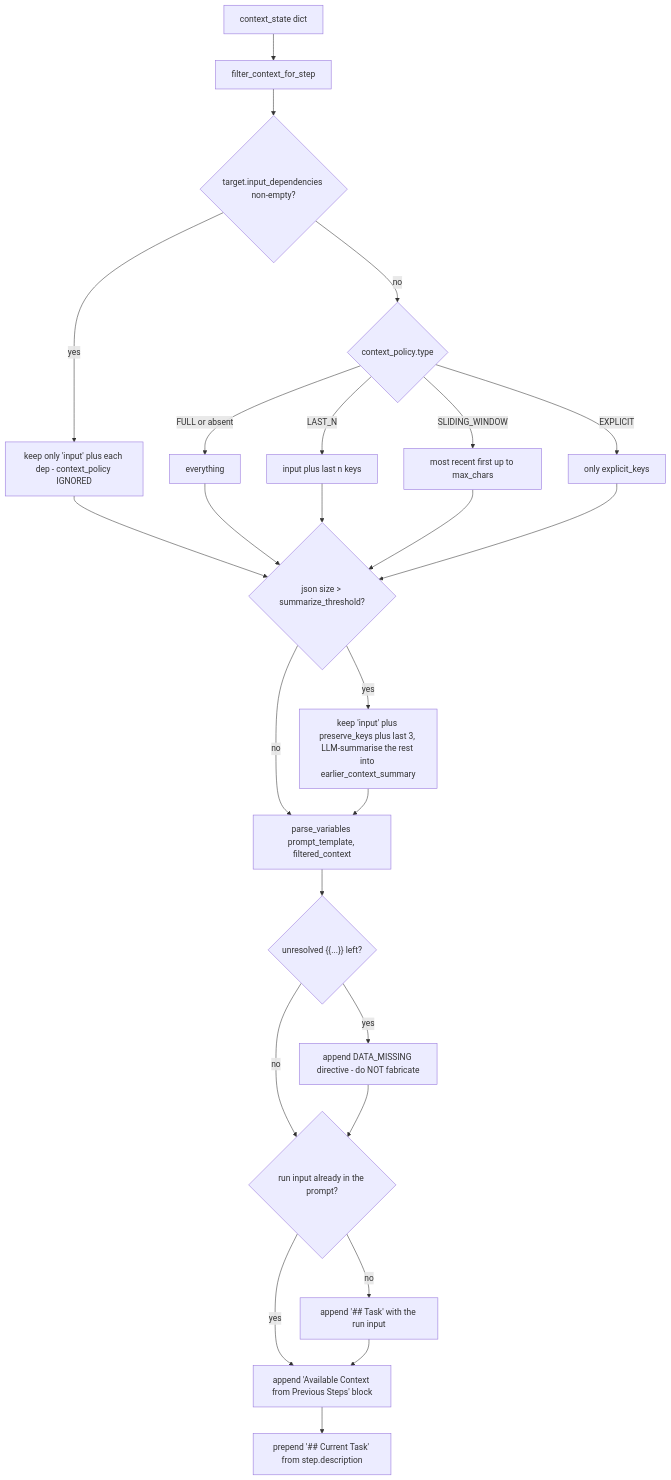
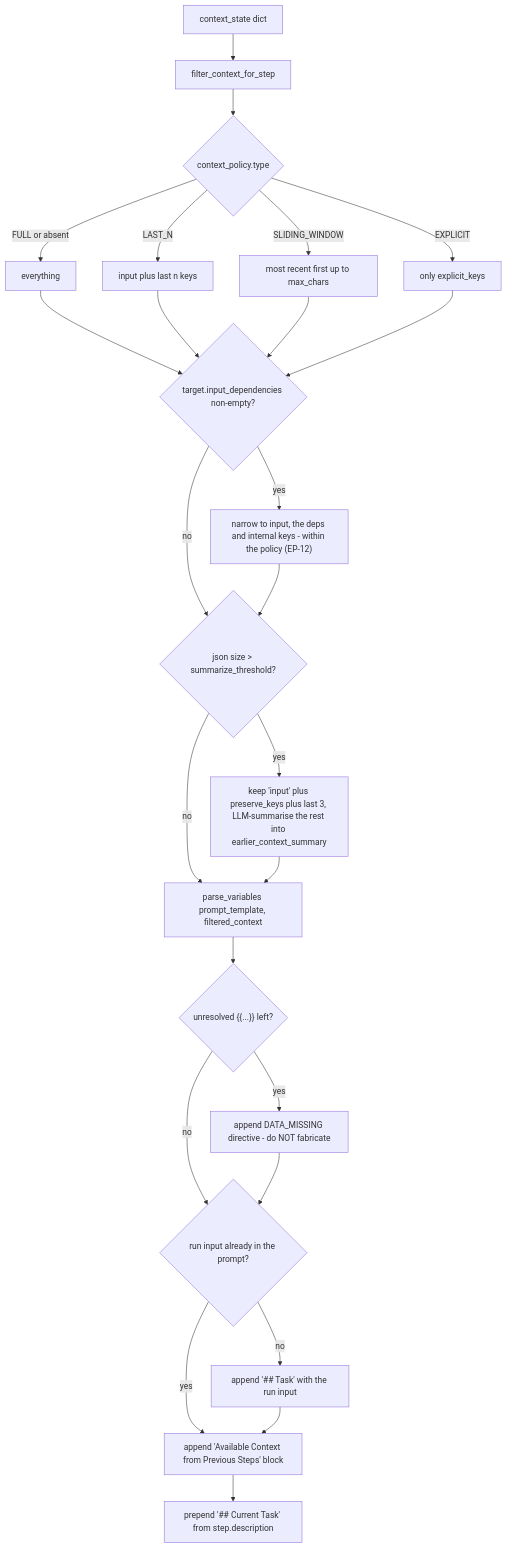
One commit to gondolerahul/hire-buddha-app changed diagram 11 of 20 in docs/current/06-execution-pipeline.md. Above: the diagram before and after it, drawn with Mermaid. The commit also changed other lines of this file and 3 other files, not shown here.

First line of the commit message:
fix(context): a step's dependencies narrow the context policy, not replace it (EP-12)

````diff
--- a/docs/current/06-execution-pipeline.md
+++ b/docs/current/06-execution-pipeline.md
@@ -1212,23 +1211,24 @@
 ```mermaid
 flowchart TD
     CTX["context_state dict"] --> FILT["filter_context_for_step"]
-    FILT --> D{"target.input_dependencies non-empty?"}
-    D -- yes --> ONLY["keep only 'input' plus each dep - context_policy IGNORED"]
-    D -- no --> POL{"context_policy.type"}
+    FILT --> POL{"context_policy.type"}
     POL -- FULL or absent --> ALL["everything"]
     POL -- LAST_N --> LASTN["input plus last n keys"]
     POL -- SLIDING_WINDOW --> SW["most recent first up to max_chars"]
     POL -- EXPLICIT --> EXP["only explicit_keys"]
-    ONLY & ALL & LASTN & SW & EXP --> SUM{"json size > summarize_threshold?"}
+    ALL & LASTN & SW & EXP --> D{"target.input_dependencies non-empty?"}
+    D -- yes --> ONLY["narrow to input, the deps and internal keys - within the policy (EP-12)"]
+    D -- no --> SUM
+    ONLY --> SUM{"json size > summarize_threshold?"}
     SUM -- yes --> TRIM["keep 'input' plus preserve_keys plus last 3, LLM-summarise the rest into earlier_context_summary"]
     SUM -- no --> PV
     TRIM --> PV["parse_variables prompt_template, filtered_context"]
     PV --> UNRES{"unresolved {{...}} left?"}
     UNRES -- yes --> WARN["append DATA_MISSING directive - do NOT fabricate"]
     UNRES -- no --> REQ
     WARN --> REQ{"run input already in the prompt?"}
     REQ -- no --> ADDREQ["append '## Task' with the run input"]
     REQ -- yes --> ENRICH
     ADDREQ --> ENRICH["append 'Available Context from Previous Steps' block"]
     ENRICH --> TASK["prepend '## Current Task' from step.description"]
 ```
````
